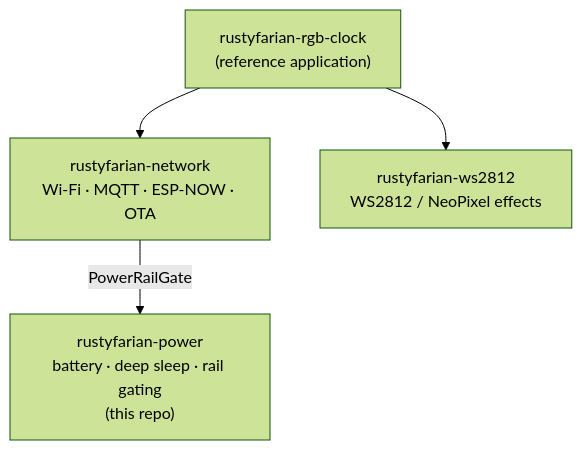
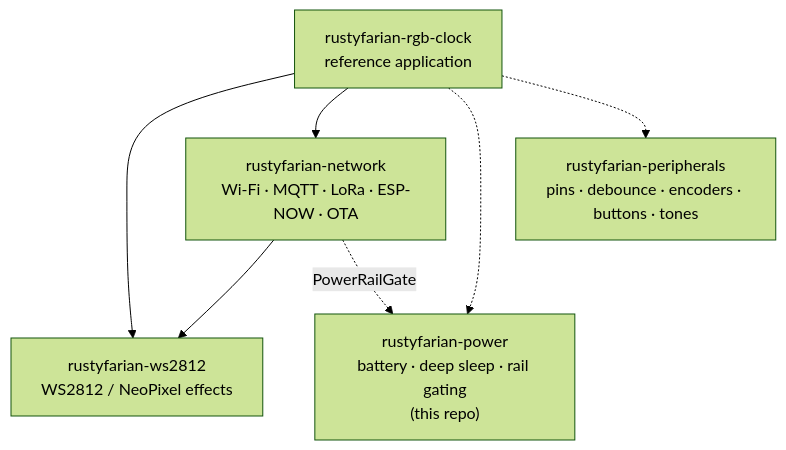
The diagram in README.md (datenkollektiv/rustyfarian-power), drawn with Mermaid (forest theme) before and after one commit. The commit also changed other lines of this file and 4 other files, not shown here.

````diff
--- a/README.md
+++ b/README.md
@@ -29,10 +64,14 @@
 ```mermaid
 graph TD
-    app["rustyfarian-rgb-clock<br/>(reference application)"]
-    net["rustyfarian-network<br/>Wi-Fi · MQTT · ESP-NOW · OTA"]
+    app["rustyfarian-rgb-clock<br/>reference application"]
+    net["rustyfarian-network<br/>Wi-Fi · MQTT · LoRa · ESP-NOW · OTA"]
     leds["rustyfarian-ws2812<br/>WS2812 / NeoPixel effects"]
     pwr["rustyfarian-power<br/>battery · deep sleep · rail gating<br/>(this repo)"]
+    periph["rustyfarian-peripherals<br/>pins · debounce · encoders · buttons · tones"]
+    app --> leds
     app --> net
-    app --> leds
-    net -->|"PowerRailGate"| pwr
+    app -.-> pwr
+    app -.-> periph
+    net --> leds
+    net -.->|PowerRailGate| pwr
 ```
````
